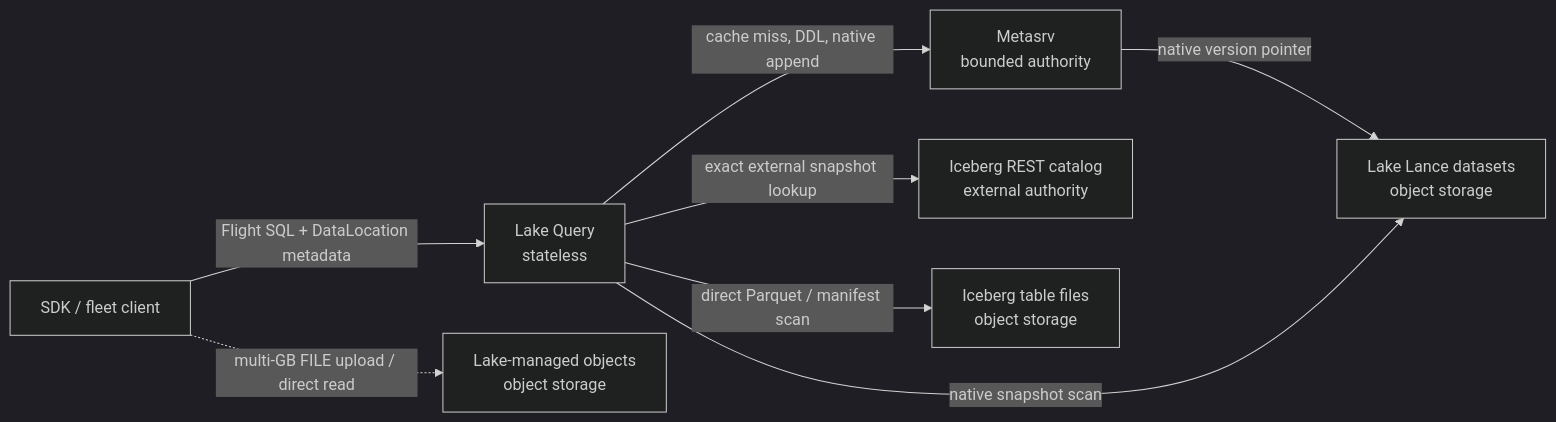
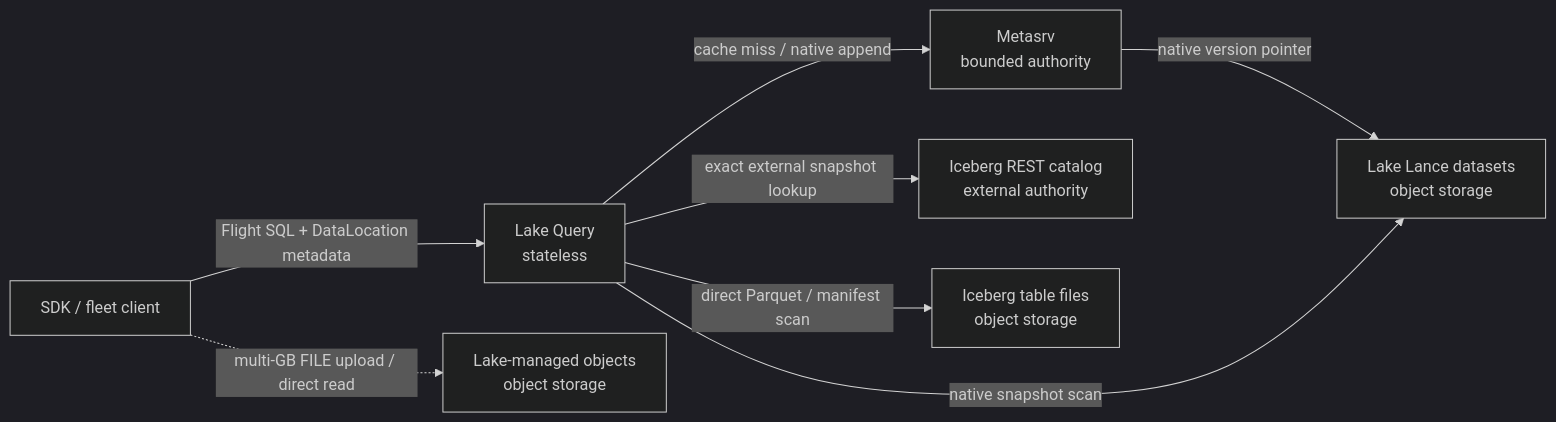
One commit to rararulab/lake changed the diagram in README.md. Above: the diagram before and after it, drawn with Mermaid (dark theme).

Commit message:
docs(architecture): keep query write boundary precise (#285)
Query forwards only typed native FILE appends; DDL remains a metadata control-plane operation.

Closes #285

````diff
--- a/README.md
+++ b/README.md
@@ -32,10 +32,10 @@
 ```mermaid
 flowchart LR
     sdk["SDK / fleet client"] -->|"Flight SQL + DataLocation metadata"| query["Lake Query\nstateless"]
-    query -->|"cache miss, DDL, native append"| meta["Metasrv\nbounded authority"]
+    query -->|"cache miss / native append"| meta["Metasrv\nbounded authority"]
     meta -->|"native version pointer"| lake_data["Lake Lance datasets\nobject storage"]
     sdk -. "multi-GB FILE upload / direct read" .-> managed["Lake-managed objects\nobject storage"]
     query -->|"native snapshot scan"| lake_data
     query -->|"exact external snapshot lookup"| iceberg_catalog["Iceberg REST catalog\nexternal authority"]
     query -->|"direct Parquet / manifest scan"| iceberg_data["Iceberg table files\nobject storage"]
 ```
````
